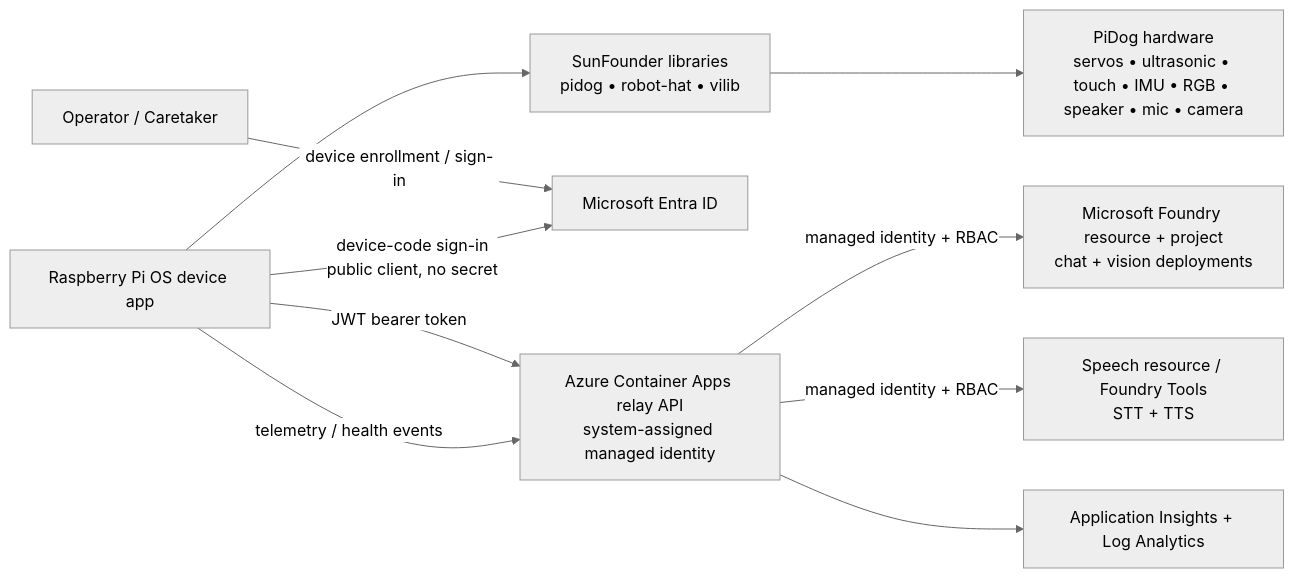
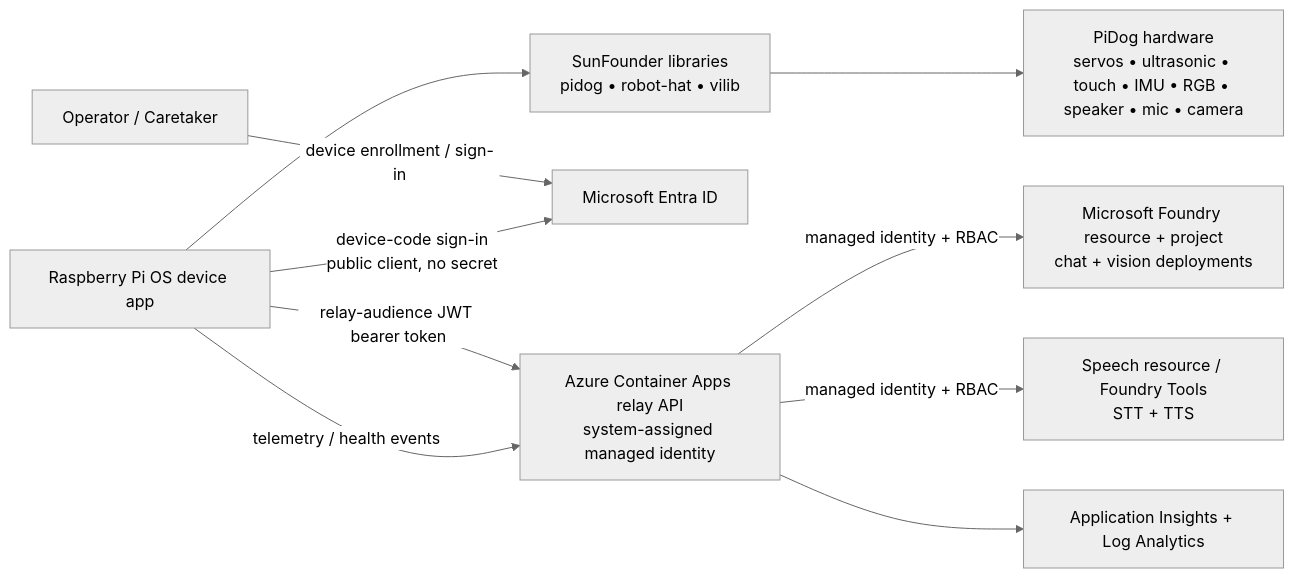
The first of 2 diagrams in docs/ARCHITECTURE.md (dmd0822/sparky), drawn with Mermaid (neutral theme) before and after one commit. The commit also changed other lines of this file and 6 other files, not shown here.

````diff
--- a/docs/ARCHITECTURE.md
+++ b/docs/ARCHITECTURE.md
@@ -35,22 +35,22 @@
 ```mermaid
 flowchart LR
     User[Operator / Caretaker]
     Pi[ Raspberry Pi OS device app ]
     HW[ PiDog hardware\nservos • ultrasonic • touch • IMU • RGB • speaker • mic • camera ]
     Vendor[ SunFounder libraries\npidog • robot-hat • vilib ]
     Entra[ Microsoft Entra ID ]
     Relay[ Azure Container Apps relay API\nsystem-assigned managed identity ]
     Foundry[ Microsoft Foundry resource + project\nchat + vision deployments ]
     Speech[ Speech resource / Foundry Tools\nSTT + TTS ]
     Obs[ Application Insights + Log Analytics ]
 
     User -->|device enrollment / sign-in| Entra
     Pi --> Vendor
     Vendor --> HW
     Pi -->|device-code sign-in\npublic client, no secret| Entra
-    Pi -->|JWT bearer token| Relay
+    Pi -->|relay-audience JWT bearer token| Relay
     Relay -->|managed identity + RBAC| Foundry
     Relay -->|managed identity + RBAC| Speech
     Relay --> Obs
     Pi -->|telemetry / health events| Relay
 ```
````
